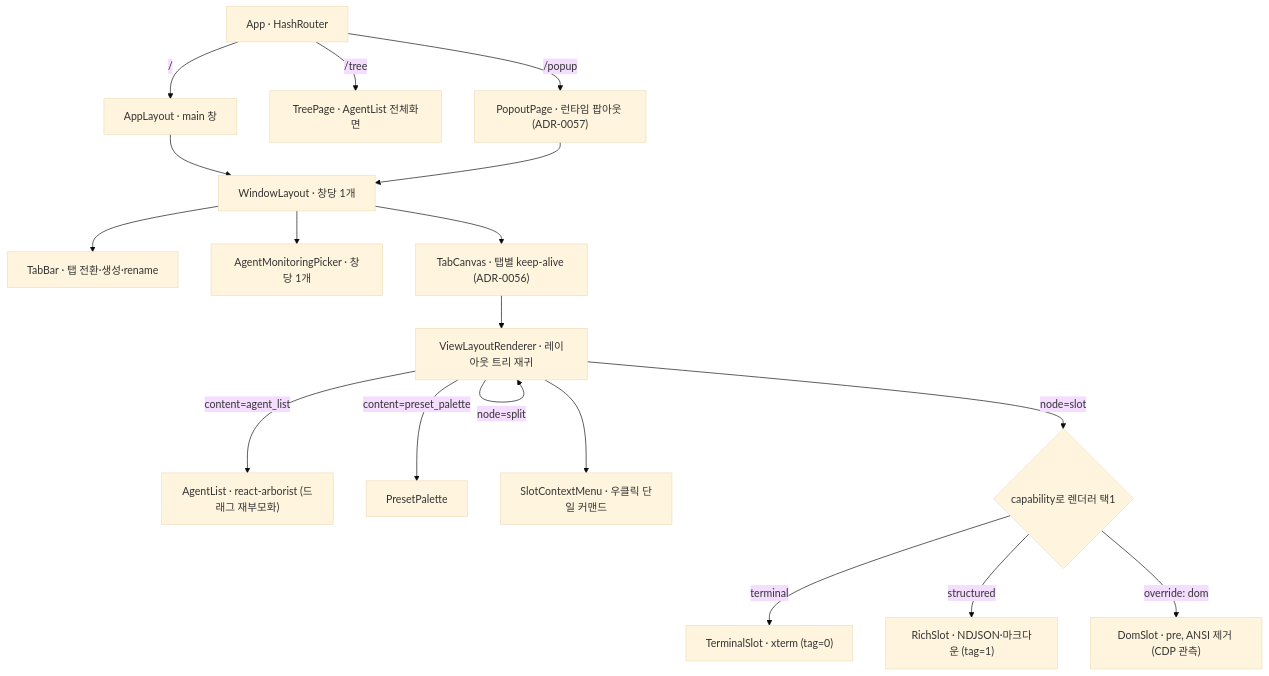
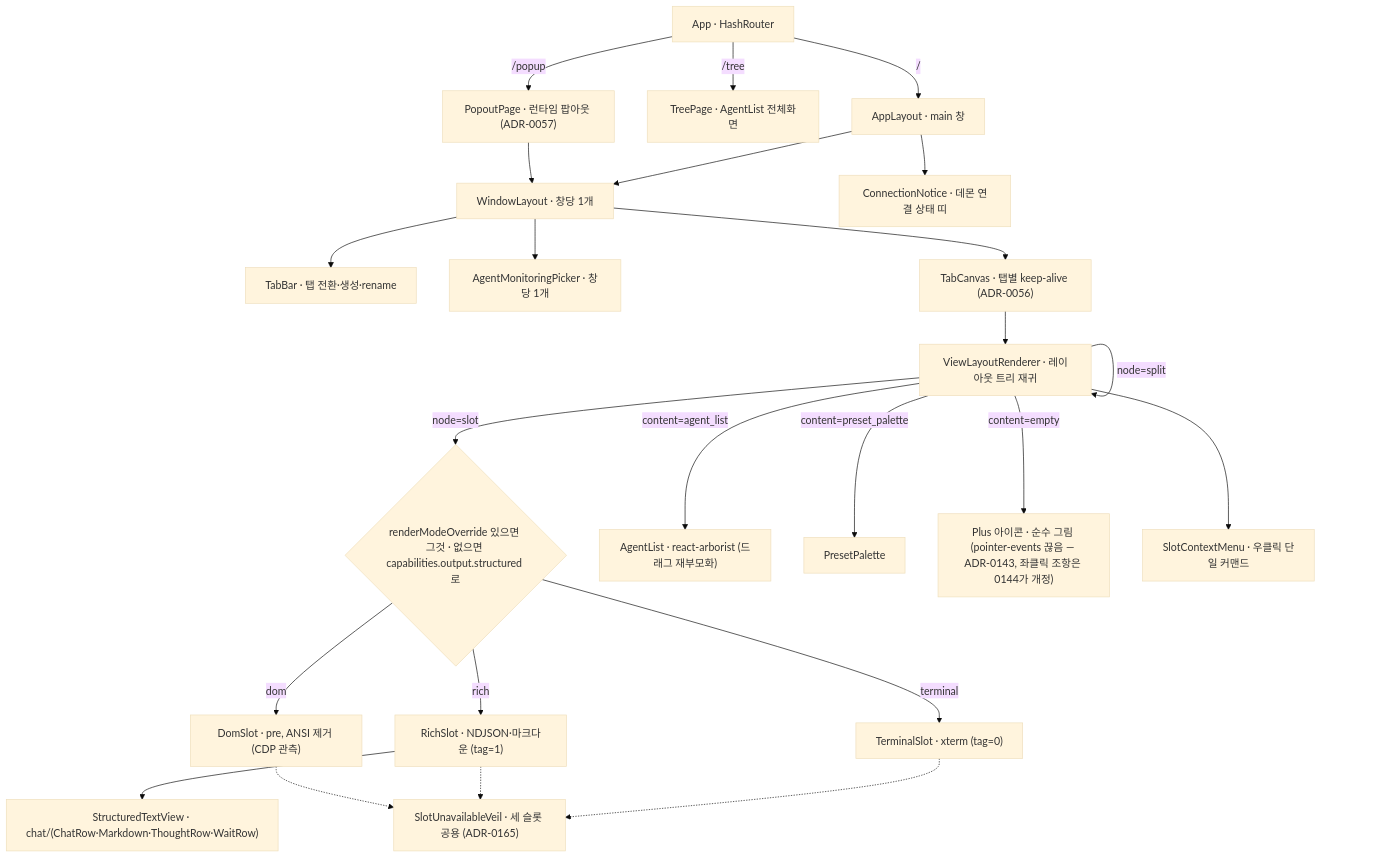
Before and after one commit to kimsunzun/engram-dashboard: diagram 12 of 20 in docs/reference/architecture-overview.md, drawn with Mermaid (base theme). The commit also changed other lines of this file and 2 other files, not shown here.

````diff
--- a/docs/reference/architecture-overview.md
+++ b/docs/reference/architecture-overview.md
@@ -451,22 +512,28 @@
 ```mermaid
 flowchart TD
   App["App · HashRouter"]
   App -->|"/"| AL0["AppLayout · main 창"]
   App -->|"/tree"| TP["TreePage · AgentList 전체화면"]
   App -->|"/popup"| PO["PopoutPage · 런타임 팝아웃 (ADR-0057)"]
 
   AL0 --> WLnode["WindowLayout · 창당 1개"]
   PO --> WLnode
   WLnode --> TB["TabBar · 탭 전환·생성·rename"]
   WLnode --> AMP["AgentMonitoringPicker · 창당 1개"]
   WLnode --> TC["TabCanvas · 탭별 keep-alive (ADR-0056)"]
   TC --> VLR["ViewLayoutRenderer · 레이아웃 트리 재귀"]
   VLR -->|"node=split"| VLR
-  VLR -->|"node=slot"| CAP{"capability로 렌더러 택1"}
+  VLR -->|"node=slot"| CAP{"renderModeOverride 있으면 그것 · 없으면 capabilities.output.structured 로"}
   CAP -->|"terminal"| TS["TerminalSlot · xterm (tag=0)"]
-  CAP -->|"structured"| RS["RichSlot · NDJSON·마크다운 (tag=1)"]
-  CAP -->|"override: dom"| DS["DomSlot · pre, ANSI 제거 (CDP 관측)"]
+  CAP -->|"rich"| RS["RichSlot · NDJSON·마크다운 (tag=1)"]
+  CAP -->|"dom"| DS["DomSlot · pre, ANSI 제거 (CDP 관측)"]
+  RS --> STV["StructuredTextView · chat/(ChatRow·Markdown·ThoughtRow·WaitRow)"]
+  TS -.-> VEIL2["SlotUnavailableVeil · 세 슬롯 공용 (ADR-0165)"]
+  RS -.-> VEIL2
+  DS -.-> VEIL2
+  AL0 --> CN["ConnectionNotice · 데몬 연결 상태 띠"]
   VLR -->|"content=agent_list"| ALa["AgentList · react-arborist (드래그 재부모화)"]
   VLR -->|"content=preset_palette"| PP["PresetPalette"]
+  VLR -->|"content=empty"| EMPTY["Plus 아이콘 · 순수 그림 (pointer-events 끊음 — ADR-0143, 좌클릭 조항은 0144가 개정)"]
   VLR --> SCM["SlotContextMenu · 우클릭 단일 커맨드"]
 ```
````
